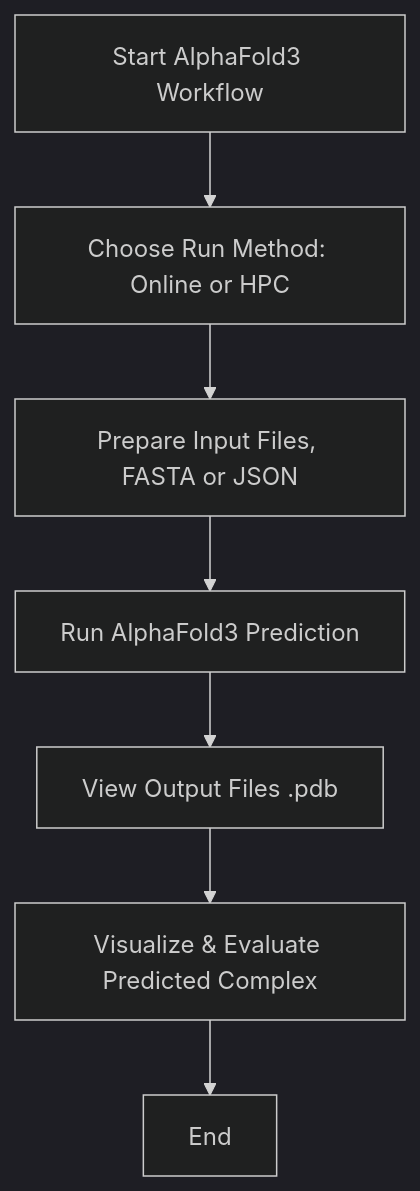
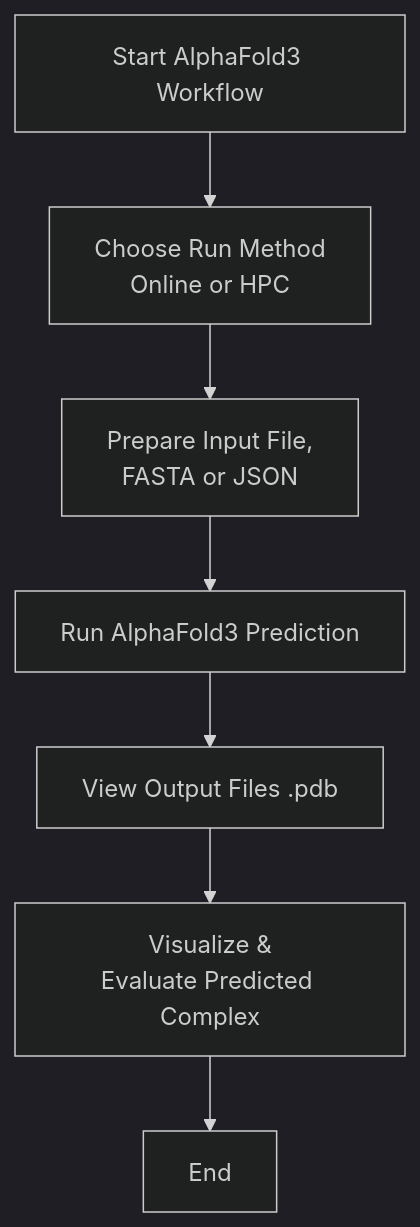
One commit to Sir-Corgi/workshop changed the second of 2 diagrams in RFdiffusion_AF3.md. Above: the diagram before and after it, drawn with Mermaid (dark theme).

````diff
--- a/RFdiffusion_AF3.md
+++ b/RFdiffusion_AF3.md
@@ -109,9 +109,9 @@
 ```mermaid
 graph TD
-    A[Start AlphaFold3 Workflow] --> B[Choose Run Method: Online or HPC]
-    B --> C[Prepare Input Files, FASTA or JSON]
+    A[Start AlphaFold3 Workflow] --> B[Choose Run Method<br>Online or HPC]
+    B --> C[Prepare Input File,<br>FASTA or JSON]
     C --> D[Run AlphaFold3 Prediction]
     D --> E[View Output Files .pdb]
-    E --> F[Visualize & Evaluate Predicted Complex]
+    E --> F[Visualize &<br>Evaluate Predicted Complex]
     F --> G[End]
 ```
````
